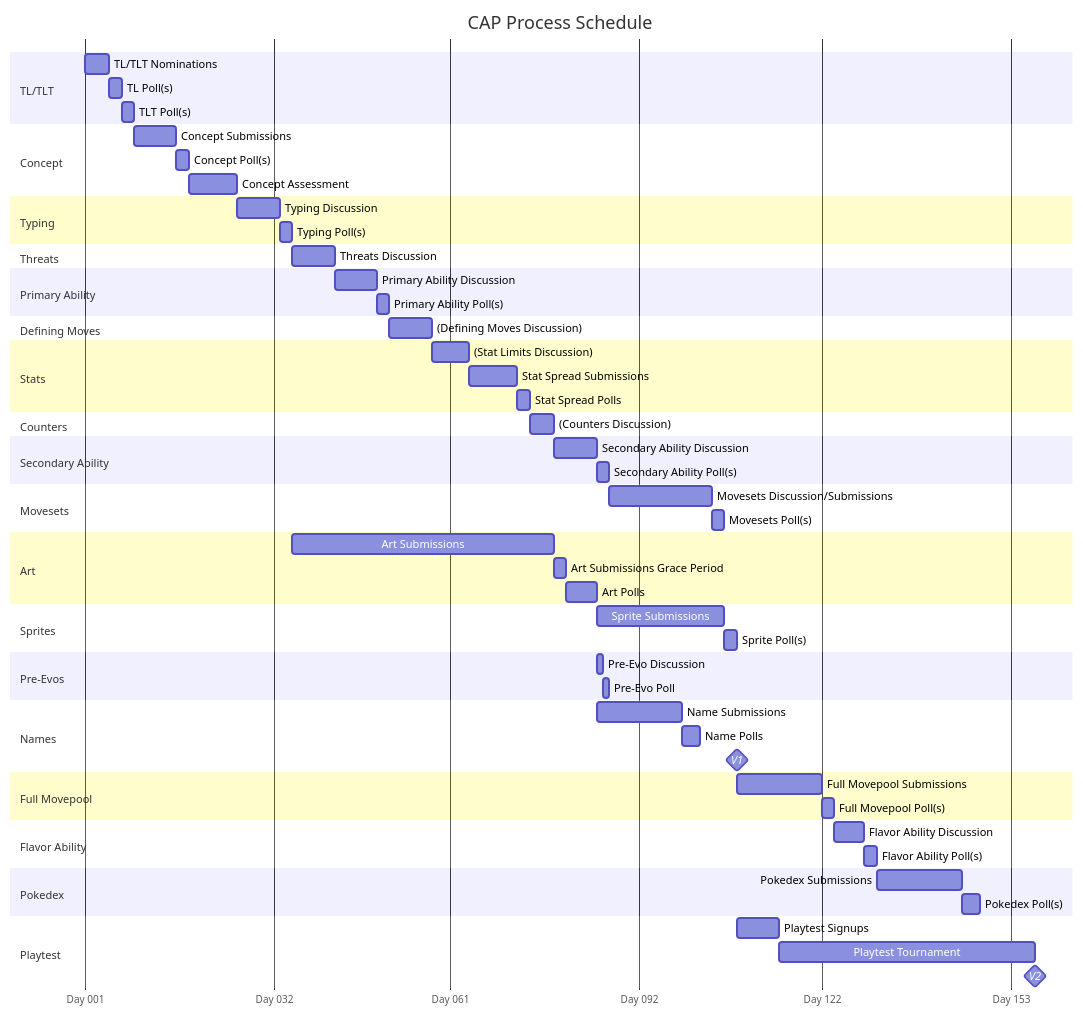
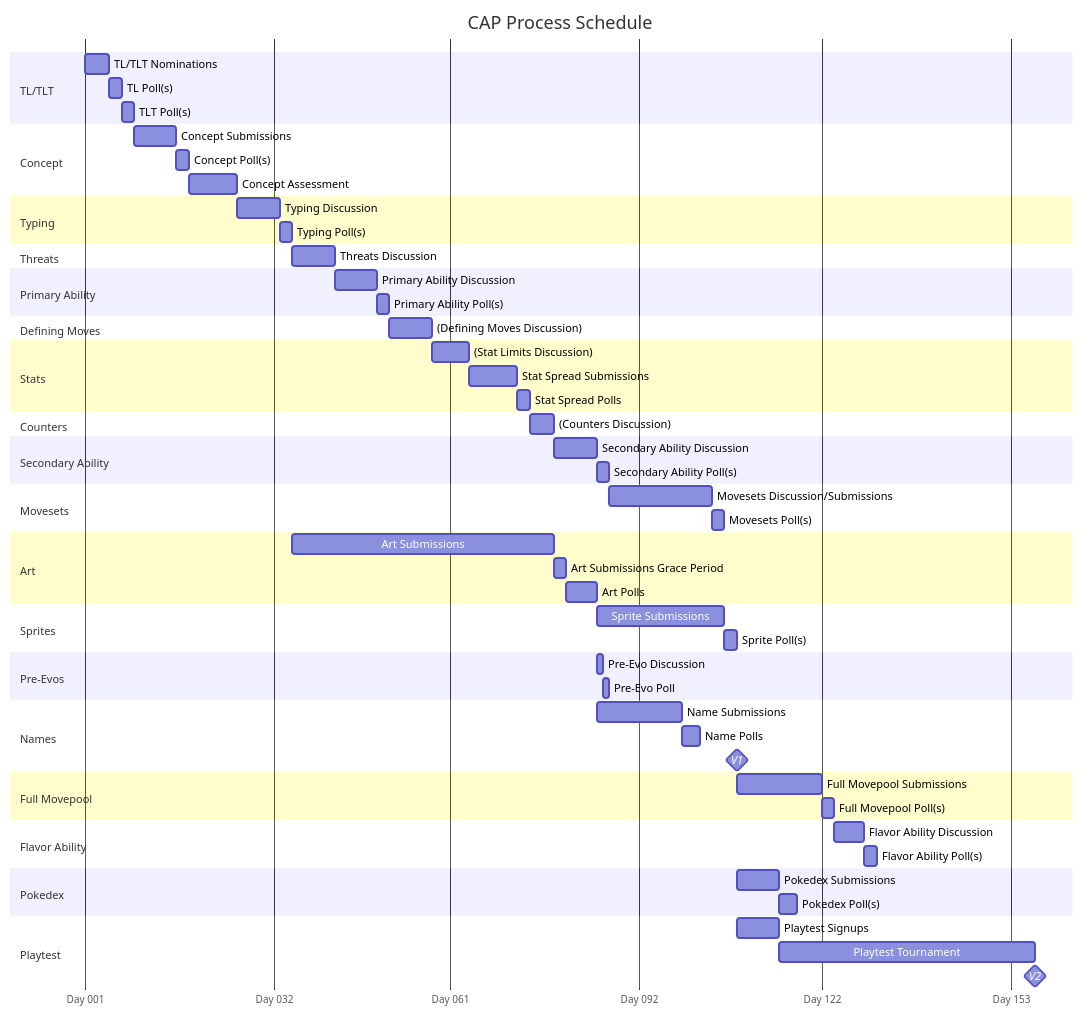
The diagram in schedule.md (Quanyails/cap-scratchpad), drawn with Mermaid before and after one commit.

Commit message:
Move timeline for CAP Pokedex Submissions up to V1 milestone.

```diff
--- a/schedule.md
+++ b/schedule.md
@@ -80,7 +80,7 @@
 Flavor Ability Poll(s): ability3_poll, after ability3_thread, 2d
 
 section Pokedex
-Pokedex Submissions: pokedex_thread, after ability3_poll, 14d
+Pokedex Submissions: pokedex_thread, after v1_milestone, 7d
 Pokedex Poll(s): pokedex_poll, after pokedex_thread, 3d
 
 section Playtest
```
